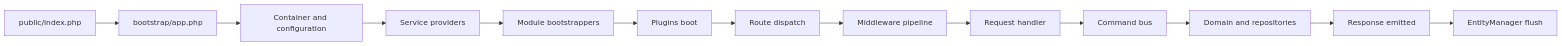
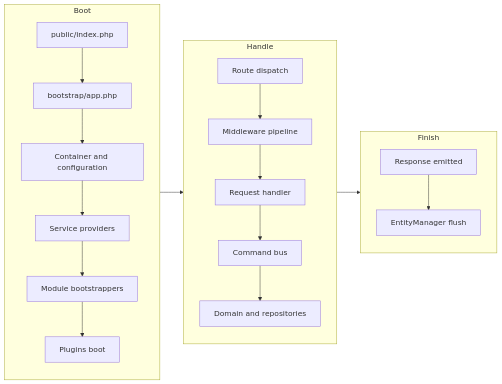
Before and after one commit to heyaikeedo/docs: the diagram in development/core/overview.mdx, drawn with Mermaid.

Commit message:
Group request lifecycle diagram into phases for readability

````diff
--- a/development/core/overview.mdx
+++ b/development/core/overview.mdx
@@ -72,15 +72,26 @@
 ```mermaid
 flowchart LR
-    A[public/index.php] --> B[bootstrap/app.php]
-    B --> C[Container and configuration]
-    C --> D[Service providers]
-    D --> E[Module bootstrappers]
-    E --> F[Plugins boot]
-    F --> G[Route dispatch]
-    G --> H[Middleware pipeline]
-    H --> I[Request handler]
-    I --> J[Command bus]
-    J --> K[Domain and repositories]
-    K --> L[Response emitted]
-    L --> M[EntityManager flush]
+    subgraph Boot
+        direction TB
+        A[public/index.php] --> B[bootstrap/app.php]
+        B --> C[Container and configuration]
+        C --> D[Service providers]
+        D --> E[Module bootstrappers]
+        E --> F[Plugins boot]
+    end
+
+    subgraph Handle
+        direction TB
+        G[Route dispatch] --> H[Middleware pipeline]
+        H --> I[Request handler]
+        I --> J[Command bus]
+        J --> K[Domain and repositories]
+    end
+
+    subgraph Finish
+        direction TB
+        L[Response emitted] --> M[EntityManager flush]
+    end
+
+    Boot --> Handle --> Finish
 ```
````
